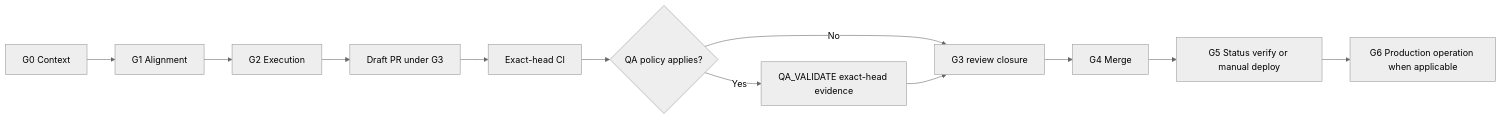
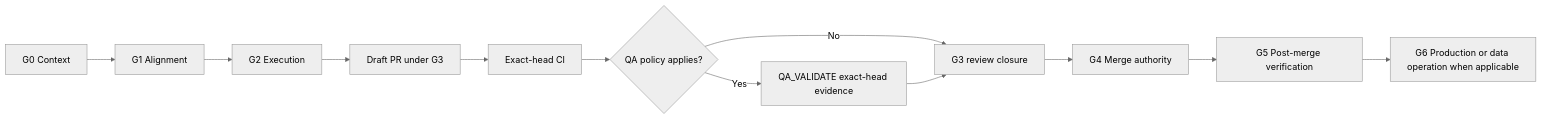
Before and after one commit to nhatnguyenquang1838-coder/gwc: the diagram in README.md, drawn with Mermaid (neutral theme). The commit also changed other lines of this file, not shown here.

````diff
--- a/README.md
+++ b/README.md
@@ -35,14 +37,14 @@
 ```mermaid
 flowchart LR
   G0[G0 Context] --> G1[G1 Alignment]
   G1 --> G2[G2 Execution]
   G2 --> P[Draft PR under G3]
   P --> CI[Exact-head CI]
   CI --> Q{QA policy applies?}
   Q -- Yes --> QA[QA_VALIDATE exact-head evidence]
   Q -- No --> G3[G3 review closure]
   QA --> G3
-  G3 --> G4[G4 Merge]
-  G4 --> G5[G5 Status verify or manual deploy]
-  G5 --> G6[G6 Production operation when applicable]
+  G3 --> G4[G4 Merge authority]
+  G4 --> G5[G5 Post-merge verification]
+  G5 --> G6[G6 Production or data operation when applicable]
 ```
````
